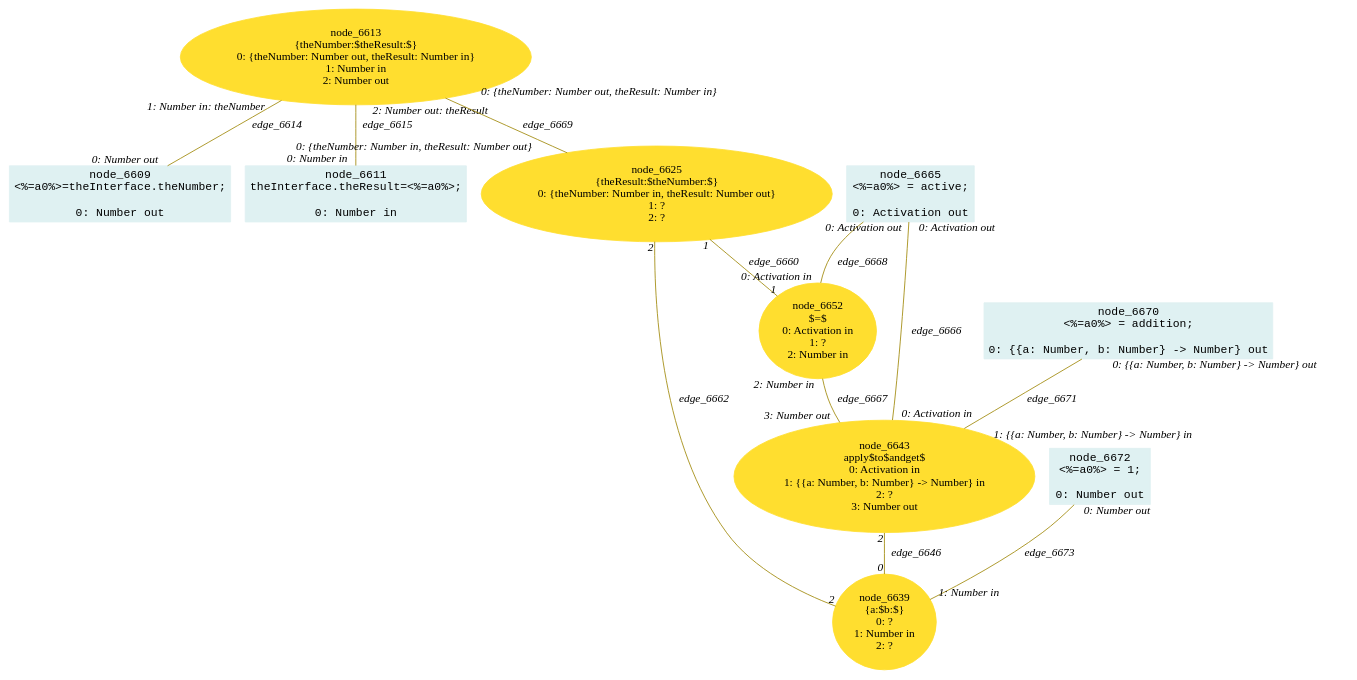
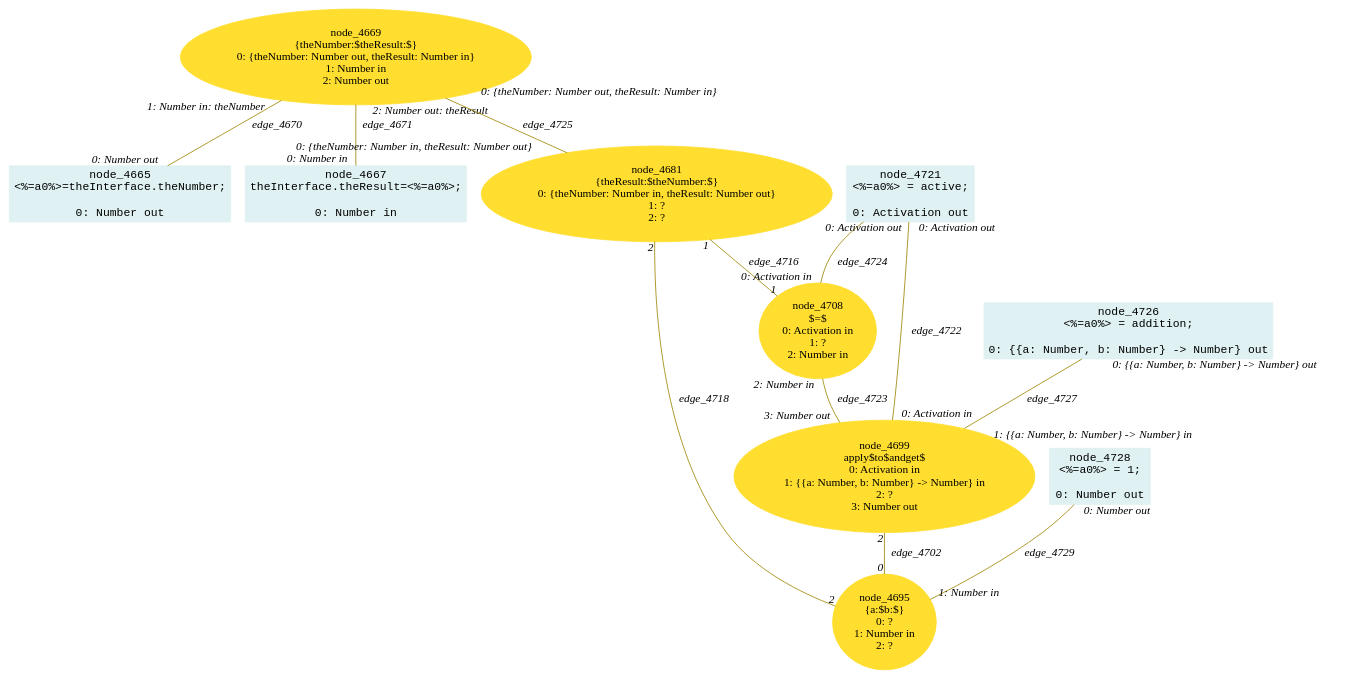
The diagram in lidl-core/example/ok/realAffectationExpression/dot/22createDataFlowDirection4.dot (crubier/lidl), drawn with Graphviz before and after one commit. The commit also changed 983 other files, not shown here.

```diff
--- a/lidl-core/example/ok/realAffectationExpression/dot/22createDataFlowDirection4.dot
+++ b/lidl-core/example/ok/realAffectationExpression/dot/22createDataFlowDirection4.dot
@@ -1,58 +1,58 @@
-digraph g{node_6609 [shape="box", style="filled", color="#dff1f2", fontname="Courier", label="node_6609
+digraph g{node_4665 [shape="box", style="filled", color="#dff1f2", fontname="Courier", label="node_4665
 <%=a0%>=theInterface.theNumber;
 
 0: Number out" ]
-node_6611 [shape="box", style="filled", color="#dff1f2", fontname="Courier", label="node_6611
+node_4667 [shape="box", style="filled", color="#dff1f2", fontname="Courier", label="node_4667
 theInterface.theResult=<%=a0%>;
 
 0: Number in" ]
-node_6613 [shape="ellipse", style="filled", color="#ffde2f", fontname="Times", label="node_6613
+node_4669 [shape="ellipse", style="filled", color="#ffde2f", fontname="Times", label="node_4669
 {theNumber:$theResult:$}
 0: {theNumber: Number out, theResult: Number in}
 1: Number in
 2: Number out" ]
-node_6625 [shape="ellipse", style="filled", color="#ffde2f", fontname="Times", label="node_6625
+node_4681 [shape="ellipse", style="filled", color="#ffde2f", fontname="Times", label="node_4681
 {theResult:$theNumber:$}
 0: {theNumber: Number in, theResult: Number out}
 1: ?
 2: ?" ]
-node_6639 [shape="ellipse", style="filled", color="#ffde2f", fontname="Times", label="node_6639
+node_4695 [shape="ellipse", style="filled", color="#ffde2f", fontname="Times", label="node_4695
 {a:$b:$}
 0: ?
 1: Number in
 2: ?" ]
-node_6643 [shape="ellipse", style="filled", color="#ffde2f", fontname="Times", label="node_6643
+node_4699 [shape="ellipse", style="filled", color="#ffde2f", fontname="Times", label="node_4699
 apply$to$andget$
 0: Activation in
 1: {{a: Number, b: Number} -> Number} in
 2: ?
 3: Number out" ]
-node_6652 [shape="ellipse", style="filled", color="#ffde2f", fontname="Times", label="node_6652
+node_4708 [shape="ellipse", style="filled", color="#ffde2f", fontname="Times", label="node_4708
 $=$
 0: Activation in
 1: ?
 2: Number in" ]
-node_6665 [shape="box", style="filled", color="#dff1f2", fontname="Courier", label="node_6665
+node_4721 [shape="box", style="filled", color="#dff1f2", fontname="Courier", label="node_4721
 <%=a0%> = active;
 
 0: Activation out" ]
-node_6670 [shape="box", style="filled", color="#dff1f2", fontname="Courier", label="node_6670
+node_4726 [shape="box", style="filled", color="#dff1f2", fontname="Courier", label="node_4726
 <%=a0%> = addition;
 
 0: {{a: Number, b: Number} -> Number} out" ]
-node_6672 [shape="box", style="filled", color="#dff1f2", fontname="Courier", label="node_6672
+node_4728 [shape="box", style="filled", color="#dff1f2", fontname="Courier", label="node_4728
 <%=a0%> = 1;
 
 0: Number out" ]
-node_6613 -> node_6609 [dir=none, arrowHead=none, fontname="Times-Italic", arrowsize=1, color="#9d8400", label="edge_6614",  headlabel="0: Number out", taillabel="1: Number in: theNumber" ]
-node_6613 -> node_6611 [dir=none, arrowHead=none, fontname="Times-Italic", arrowsize=1, color="#9d8400", label="edge_6615",  headlabel="0: Number in", taillabel="2: Number out: theResult" ]
-node_6643 -> node_6639 [dir=none, arrowHead=none, fontname="Times-Italic", arrowsize=1, color="#9d8400", label="edge_6646",  headlabel="0", taillabel="2" ]
-node_6625 -> node_6652 [dir=none, arrowHead=none, fontname="Times-Italic", arrowsize=1, color="#9d8400", label="edge_6660",  headlabel="1", taillabel="1" ]
-node_6625 -> node_6639 [dir=none, arrowHead=none, fontname="Times-Italic", arrowsize=1, color="#9d8400", label="edge_6662",  headlabel="2", taillabel="2" ]
-node_6665 -> node_6643 [dir=none, arrowHead=none, fontname="Times-Italic", arrowsize=1, color="#9d8400", label="edge_6666",  headlabel="0: Activation in", taillabel="0: Activation out" ]
-node_6652 -> node_6643 [dir=none, arrowHead=none, fontname="Times-Italic", arrowsize=1, color="#9d8400", label="edge_6667",  headlabel="3: Number out", taillabel="2: Number in" ]
-node_6665 -> node_6652 [dir=none, arrowHead=none, fontname="Times-Italic", arrowsize=1, color="#9d8400", label="edge_6668",  headlabel="0: Activation in", taillabel="0: Activation out" ]
-node_6613 -> node_6625 [dir=none, arrowHead=none, fontname="Times-Italic", arrowsize=1, color="#9d8400", label="edge_6669",  headlabel="0: {theNumber: Number in, theResult: Number out}", taillabel="0: {theNumber: Number out, theResult: Number in}" ]
-node_6670 -> node_6643 [dir=none, arrowHead=none, fontname="Times-Italic", arrowsize=1, color="#9d8400", label="edge_6671",  headlabel="1: {{a: Number, b: Number} -> Number} in", taillabel="0: {{a: Number, b: Number} -> Number} out" ]
-node_6672 -> node_6639 [dir=none, arrowHead=none, fontname="Times-Italic", arrowsize=1, color="#9d8400", label="edge_6673",  headlabel="1: Number in", taillabel="0: Number out" ]
+node_4669 -> node_4665 [dir=none, arrowHead=none, fontname="Times-Italic", arrowsize=1, color="#9d8400", label="edge_4670",  headlabel="0: Number out", taillabel="1: Number in: theNumber" ]
+node_4669 -> node_4667 [dir=none, arrowHead=none, fontname="Times-Italic", arrowsize=1, color="#9d8400", label="edge_4671",  headlabel="0: Number in", taillabel="2: Number out: theResult" ]
+node_4699 -> node_4695 [dir=none, arrowHead=none, fontname="Times-Italic", arrowsize=1, color="#9d8400", label="edge_4702",  headlabel="0", taillabel="2" ]
+node_4681 -> node_4708 [dir=none, arrowHead=none, fontname="Times-Italic", arrowsize=1, color="#9d8400", label="edge_4716",  headlabel="1", taillabel="1" ]
+node_4681 -> node_4695 [dir=none, arrowHead=none, fontname="Times-Italic", arrowsize=1, color="#9d8400", label="edge_4718",  headlabel="2", taillabel="2" ]
+node_4721 -> node_4699 [dir=none, arrowHead=none, fontname="Times-Italic", arrowsize=1, color="#9d8400", label="edge_4722",  headlabel="0: Activation in", taillabel="0: Activation out" ]
+node_4708 -> node_4699 [dir=none, arrowHead=none, fontname="Times-Italic", arrowsize=1, color="#9d8400", label="edge_4723",  headlabel="3: Number out", taillabel="2: Number in" ]
+node_4721 -> node_4708 [dir=none, arrowHead=none, fontname="Times-Italic", arrowsize=1, color="#9d8400", label="edge_4724",  headlabel="0: Activation in", taillabel="0: Activation out" ]
+node_4669 -> node_4681 [dir=none, arrowHead=none, fontname="Times-Italic", arrowsize=1, color="#9d8400", label="edge_4725",  headlabel="0: {theNumber: Number in, theResult: Number out}", taillabel="0: {theNumber: Number out, theResult: Number in}" ]
+node_4726 -> node_4699 [dir=none, arrowHead=none, fontname="Times-Italic", arrowsize=1, color="#9d8400", label="edge_4727",  headlabel="1: {{a: Number, b: Number} -> Number} in", taillabel="0: {{a: Number, b: Number} -> Number} out" ]
+node_4728 -> node_4695 [dir=none, arrowHead=none, fontname="Times-Italic", arrowsize=1, color="#9d8400", label="edge_4729",  headlabel="1: Number in", taillabel="0: Number out" ]
 }
```
